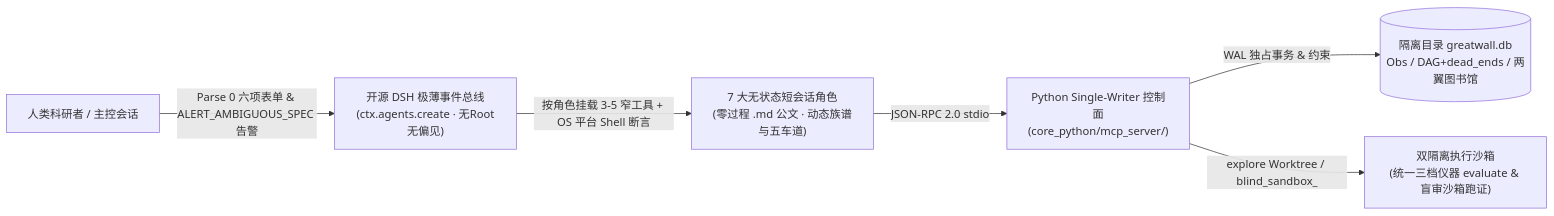
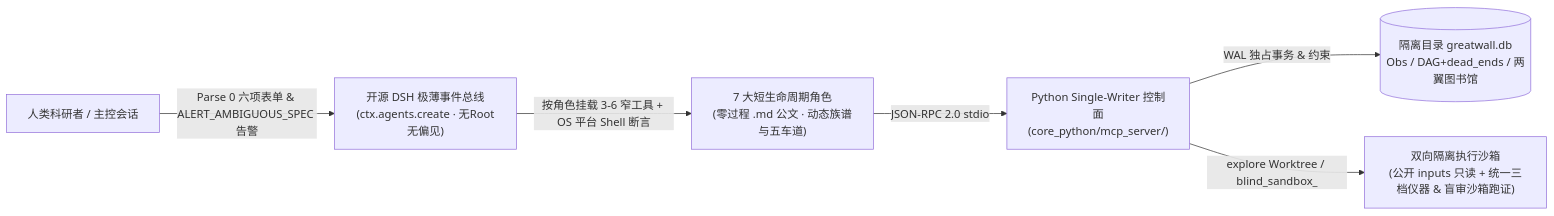
The diagram in README.md (Qingzhu093/greatwall-agent), drawn with Mermaid before and after one commit. The commit also changed other lines of this file and 14 other files, not shown here.

Commit message:
docs(v3.0): sync round-5 forensics and top-level architecture revisions

````diff
--- a/README.md
+++ b/README.md
@@ -14,8 +14,8 @@
 ```mermaid
 flowchart LR
     User["人类科研者 / 主控会话"] -->|Parse 0 六项表单 & ALERT_AMBIGUOUS_SPEC 告警| Orch["开源 DSH 极薄事件总线\n(ctx.agents.create · 无Root无偏见)"]
-    Orch -->|按角色挂载 3-5 窄工具 + OS 平台 Shell 断言| Agents["7 大无状态短会话角色\n(零过程 .md 公文 · 动态族谱与五车道)"]
+    Orch -->|按角色挂载 3-6 窄工具 + OS 平台 Shell 断言| Agents["7 大短生命周期角色\n(零过程 .md 公文 · 动态族谱与五车道)"]
     Agents -->|JSON-RPC 2.0 stdio| MCP["Python Single-Writer 控制面\n(core_python/mcp_server/)"]
     MCP -->|WAL 独占事务 & 约束| DB[("隔离目录 greatwall.db\nObs / DAG+dead_ends / 两翼图书馆")]
-    MCP -->|explore Worktree / blind_sandbox_<review_id>| Runner["双隔离执行沙箱\n(统一三档仪器 evaluate & 盲审沙箱跑证)"]
+    MCP -->|explore Worktree / blind_sandbox_<review_id>| Runner["双向隔离执行沙箱\n(公开 inputs 只读 + 统一三档仪器 & 盲审沙箱跑证)"]
 ```
````
